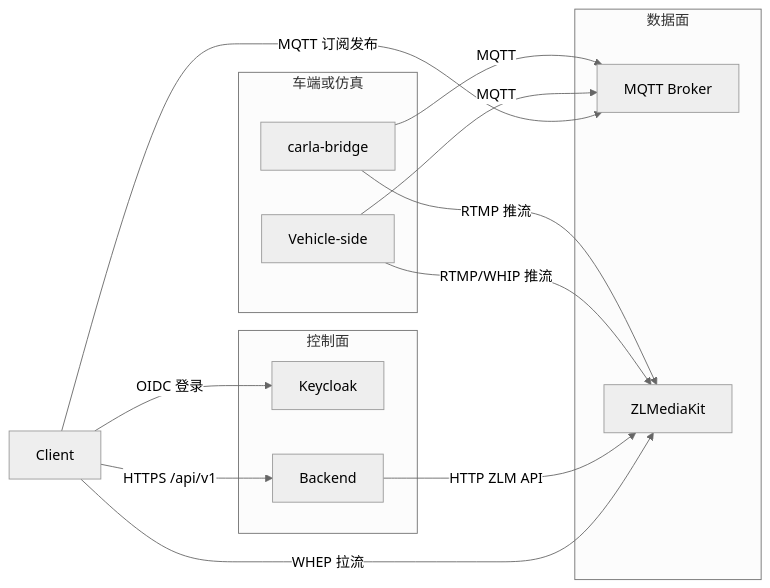
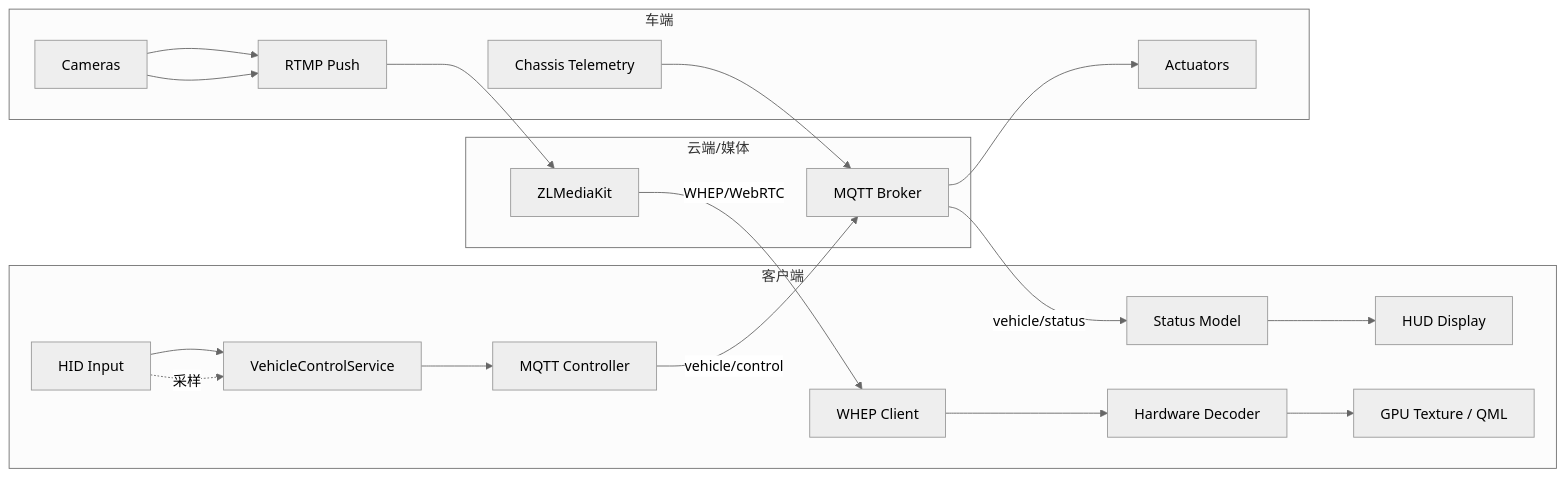
Before and after one commit to xinruozhishui201314/Remote-Driving-OK: the second of 5 diagrams in README.md, drawn with Mermaid (neutral theme). The commit also changed other lines of this file and 194 other files, not shown here.

````diff
--- a/README.md
+++ b/README.md
@@ -66,26 +74,31 @@
 ```mermaid
-flowchart LR
-    subgraph 控制面
-        KC[Keycloak]
-        BE[Backend]
+graph LR
+    subgraph Client [客户端]
+        HID[HID Input] --> VCS[VehicleControlService]
+        VCS --> MQTT_C[MQTT Controller]
+        WHEP[WHEP Client] --> DEC[Hardware Decoder]
+        DEC --> GPU[GPU Texture / QML]
+        STAT[Status Model] --> HUD[HUD Display]
     end
-    subgraph 数据面
-        MQ[MQTT Broker]
-        ZLM[ZLMediaKit]
+
+    subgraph Cloud [云端/媒体]
+        MQ_B[MQTT Broker]
+        ZLM_S[ZLMediaKit]
     end
-    subgraph 车端或仿真
-        VH[Vehicle-side]
-        CB[carla-bridge]
+
+    subgraph Vehicle [车端]
+        CAM[Cameras] --> RTMP[RTMP Push]
+        ACT[Actuators]
+        TEL[Chassis Telemetry]
     end
-    CL[Client]
 
-    CL -->|OIDC 登录| KC
-    CL -->|HTTPS /api/v1| BE
-    CL -->|WHEP 拉流| ZLM
-    CL -->|MQTT 订阅发布| MQ
-    BE -->|HTTP ZLM API| ZLM
-    VH -->|MQTT| MQ
-    VH -->|RTMP/WHIP 推流| ZLM
-    CB -->|MQTT| MQ
-    CB -->|RTMP 推流| ZLM
+    %% 视频流
+    CAM --> RTMP --> ZLM_S -->|WHEP/WebRTC| WHEP
+    
+    %% 控制环 (100Hz)
+    HID -.->|采样| VCS
+    MQTT_C -->|vehicle/control| MQ_B --> ACT
+    
+    %% 状态反馈
+    TEL --> MQ_B -->|vehicle/status| STAT
 ```
````
